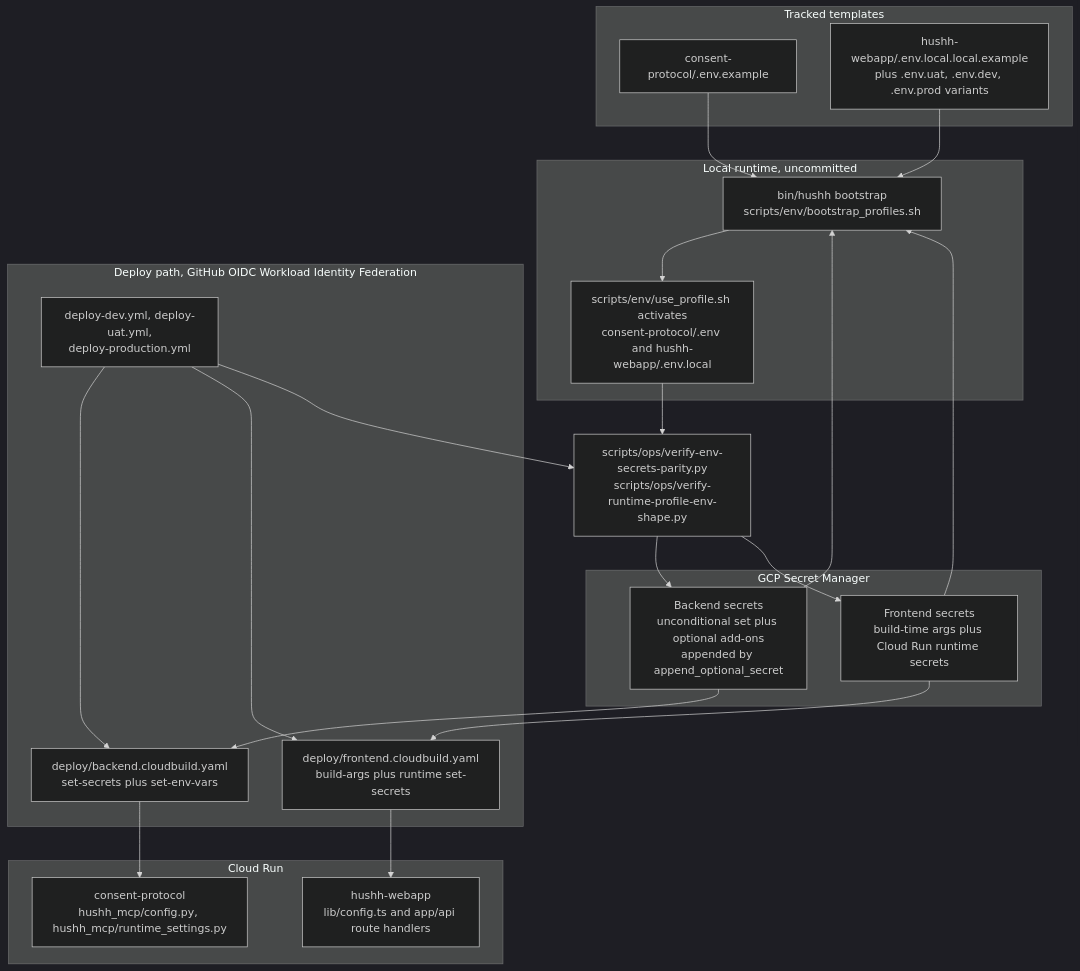
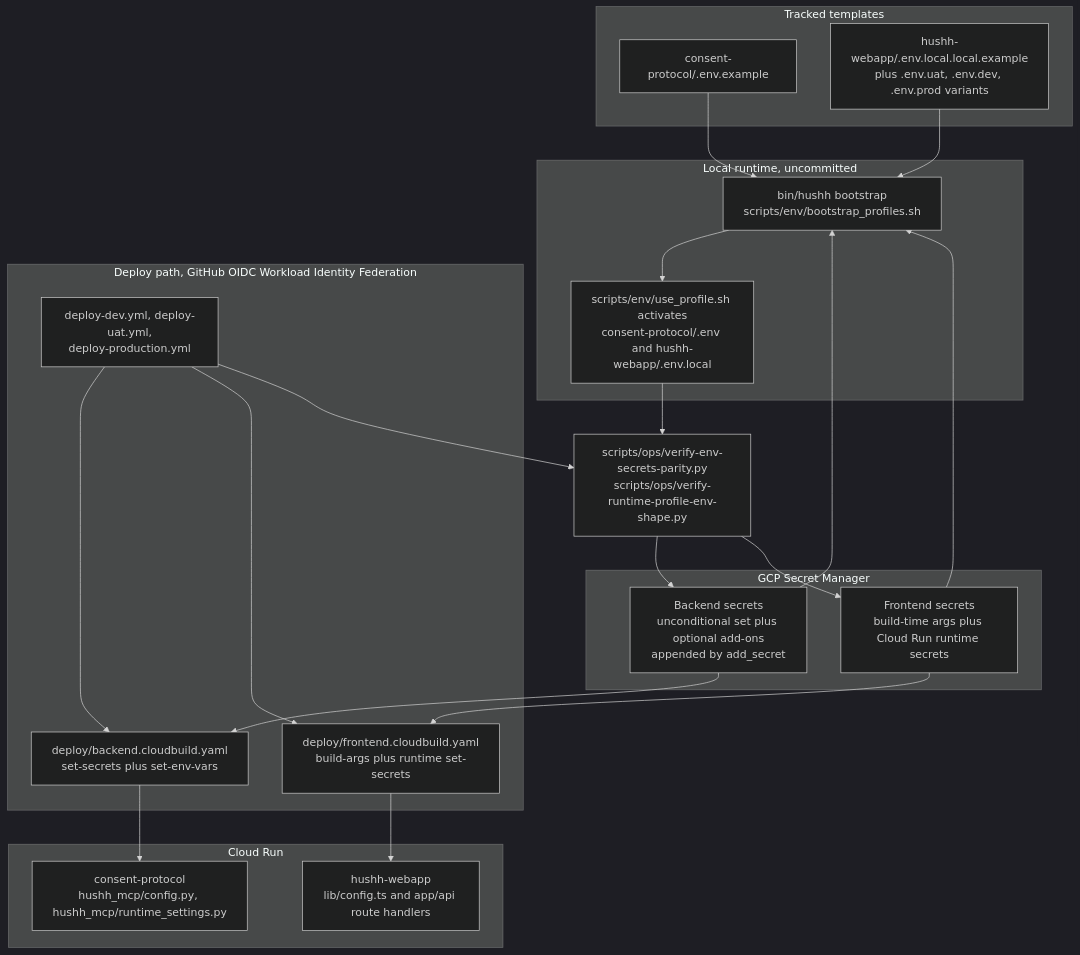
One commit to hushh-labs/hushh-research changed the diagram in docs/reference/operations/env-and-secrets.md. Above: the diagram before and after it, drawn with Mermaid (dark theme). The commit also changed 6 other files, not shown here.

````diff
--- a/docs/reference/operations/env-and-secrets.md
+++ b/docs/reference/operations/env-and-secrets.md
@@ -19,46 +19,46 @@
 ```mermaid
 flowchart TB
   subgraph templates["Tracked templates"]
     beex["consent-protocol/.env.example"]
     feex["hushh-webapp/.env.local.local.example<br/>plus .env.uat, .env.dev, .env.prod variants"]
   end
 
   subgraph localrt["Local runtime, uncommitted"]
     boot["bin/hushh bootstrap<br/>scripts/env/bootstrap_profiles.sh"]
     active["scripts/env/use_profile.sh activates<br/>consent-protocol/.env and hushh-webapp/.env.local"]
   end
 
   subgraph gcp["GCP Secret Manager"]
-    besec["Backend secrets<br/>unconditional set plus optional add-ons<br/>appended by append_optional_secret"]
+    besec["Backend secrets<br/>unconditional set plus optional add-ons<br/>appended by add_secret"]
     fesec["Frontend secrets<br/>build-time args plus Cloud Run runtime secrets"]
   end
 
   subgraph deploy["Deploy path, GitHub OIDC Workload Identity Federation"]
     wf["deploy-dev.yml, deploy-uat.yml,<br/>deploy-production.yml"]
     becb["deploy/backend.cloudbuild.yaml<br/>set-secrets plus set-env-vars"]
     fecb["deploy/frontend.cloudbuild.yaml<br/>build-args plus runtime set-secrets"]
   end
 
   subgraph runtime["Cloud Run"]
     berun["consent-protocol<br/>hushh_mcp/config.py, hushh_mcp/runtime_settings.py"]
     ferun["hushh-webapp<br/>lib/config.ts and app/api route handlers"]
   end
 
   audit["scripts/ops/verify-env-secrets-parity.py<br/>scripts/ops/verify-runtime-profile-env-shape.py"]
 
   beex --> boot
   feex --> boot
   besec --> boot
   fesec --> boot
   boot --> active
   besec --> becb
   fesec --> fecb
   wf --> becb
   wf --> fecb
   becb --> berun
   fecb --> ferun
   wf --> audit
   active --> audit
   audit --> besec
   audit --> fesec
 ```
````
